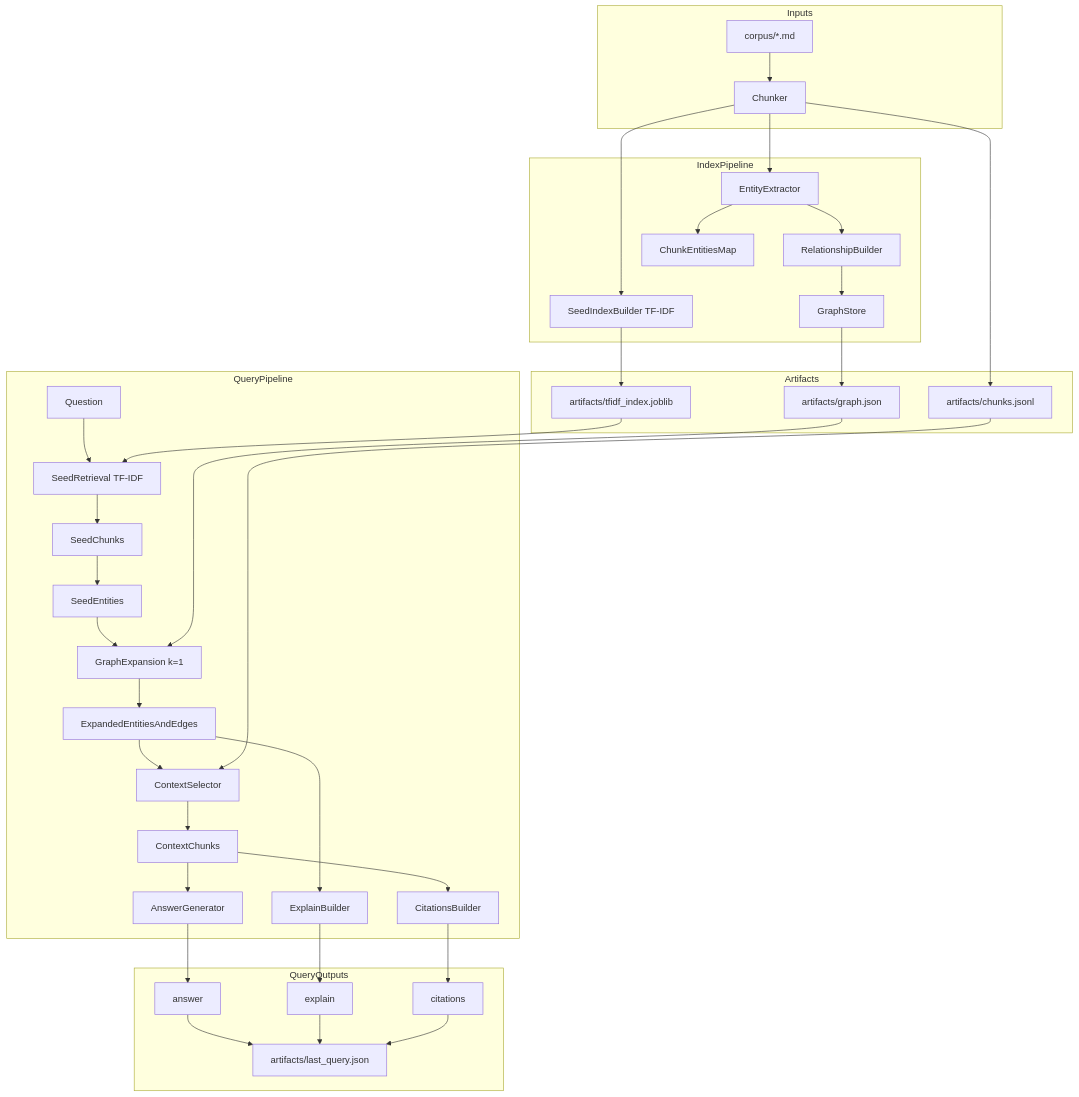
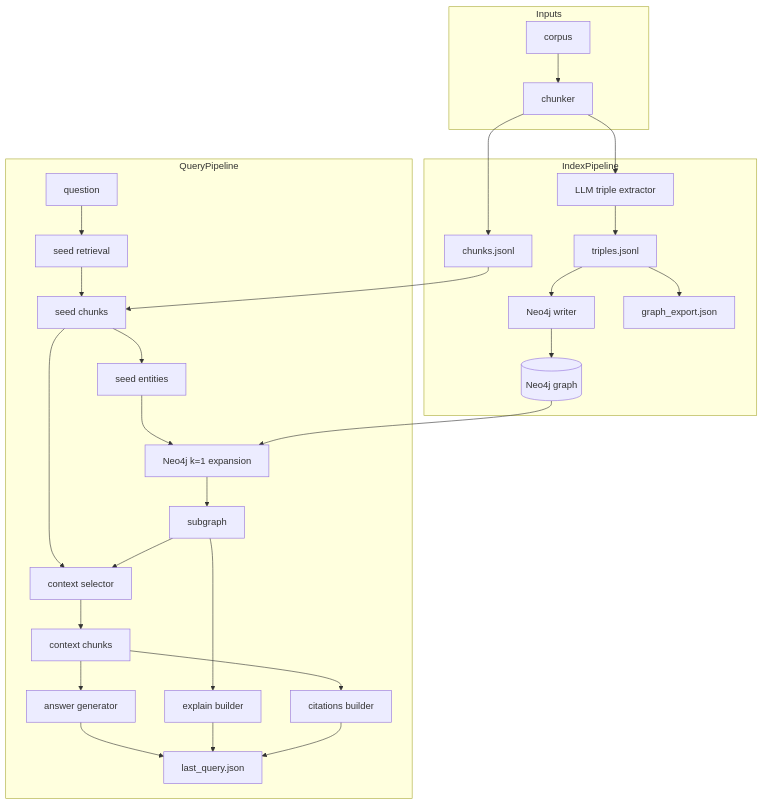
The second of 2 diagrams in docs/projects/riskknowgraph-graphrag/docs/ARCHITECTURE.md (Zheng-Chuan/Zheng-Chuan.github.io), drawn with Mermaid before and after one commit. The commit also changed other lines of this file and 9 other files, not shown here.

````diff
--- a/docs/projects/riskknowgraph-graphrag/docs/ARCHITECTURE.md
+++ b/docs/projects/riskknowgraph-graphrag/docs/ARCHITECTURE.md
@@ -3,46 +53,35 @@
 ```mermaid
 graph TD
     subgraph Inputs
-        A[corpus/*.md] --> B[Chunker]
+        A[corpus] --> B[chunker]
     end
 
     subgraph IndexPipeline
-        B --> C[EntityExtractor]
-        C --> D[RelationshipBuilder]
-        D --> E[GraphStore]
-        B --> F[SeedIndexBuilder TF-IDF]
-        C --> G[ChunkEntitiesMap]
-    end
-
-    subgraph Artifacts
-        E --> H[artifacts/graph.json]
-        B --> I[artifacts/chunks.jsonl]
-        F --> J[artifacts/tfidf_index.joblib]
+        B --> C[chunks.jsonl]
+        B --> D[LLM triple extractor]
+        D --> E[triples.jsonl]
+        E --> F[Neo4j writer]
+        F --> G[(Neo4j graph)]
+        E --> H[graph_export.json]
     end
 
     subgraph QueryPipeline
-        K[Question] --> L[SeedRetrieval TF-IDF]
-        L --> M[SeedChunks]
-        M --> N[SeedEntities]
-        N --> O[GraphExpansion k=1]
-        O --> P[ExpandedEntitiesAndEdges]
-        P --> Q[ContextSelector]
-        Q --> R[ContextChunks]
-        R --> S[AnswerGenerator]
-        P --> T[ExplainBuilder]
-        R --> U[CitationsBuilder]
+        Q[question] --> R[seed retrieval]
+        R --> S[seed chunks]
+        S --> T[seed entities]
+        T --> U[Neo4j k=1 expansion]
+        U --> V[subgraph]
+        S --> W[context selector]
+        V --> W
+        W --> X[context chunks]
+        X --> Y[answer generator]
+        V --> Z[explain builder]
+        X --> AA[citations builder]
+        Y --> AB[last_query.json]
+        Z --> AB
+        AA --> AB
     end
 
-    H --> O
-    I --> Q
-    J --> L
-
-    subgraph QueryOutputs
-        S --> V[answer]
-        T --> W[explain]
-        U --> X[citations]
-        V --> Y[artifacts/last_query.json]
-        W --> Y
-        X --> Y
-    end
+    C --> S
+    G --> U
 ```
````
